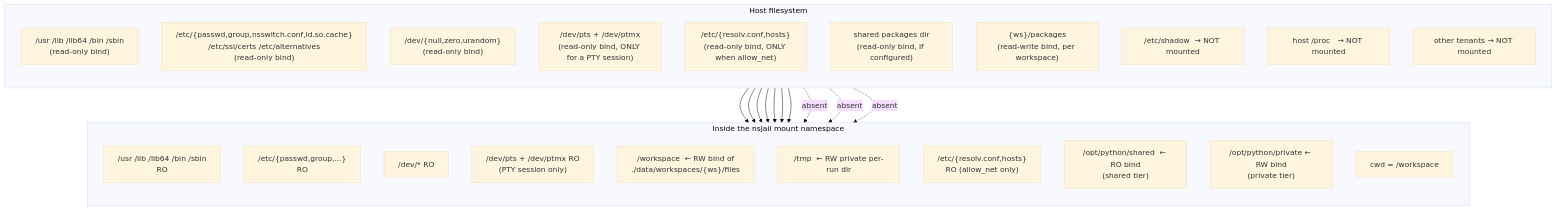
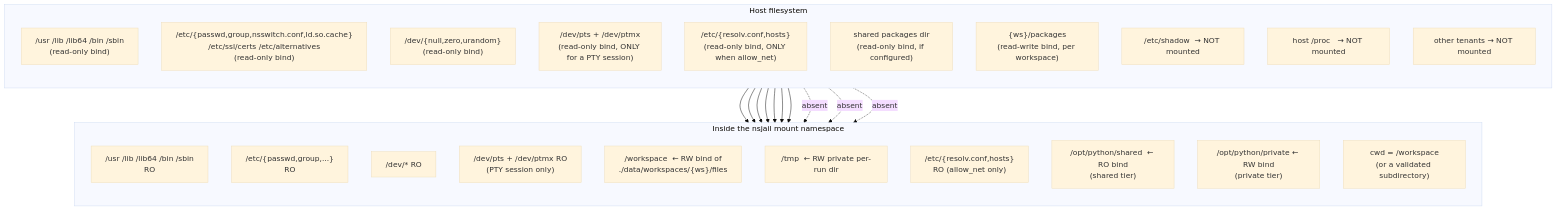
Before and after one commit to M3-mo2/cloud-service: the tenth of 17 diagrams in docs/ARCHITECTURE.md, drawn with Mermaid (base theme). The commit also changed other lines of this file and 24 other files, not shown here.

````diff
--- a/docs/ARCHITECTURE.md
+++ b/docs/ARCHITECTURE.md
@@ -485,41 +487,41 @@
 ```mermaid
 flowchart TB
     subgraph HOST["Host filesystem"]
         direction TB
         H1["/usr /lib /lib64 /bin /sbin\n(read-only bind)"]
         H2["/etc/{passwd,group,nsswitch.conf,ld.so.cache}\n/etc/ssl/certs /etc/alternatives\n(read-only bind)"]
         H3["/dev/{null,zero,urandom}\n(read-only bind)"]
         H10["/dev/pts + /dev/ptmx\n(read-only bind, ONLY for a PTY session)"]
         H7["/etc/{resolv.conf,hosts}\n(read-only bind, ONLY when allow_net)"]
         H8["shared packages dir\n(read-only bind, if configured)"]
         H9["{ws}/packages\n(read-write bind, per workspace)"]
         H4["/etc/shadow  → NOT mounted"]
         H5["host /proc   → NOT mounted"]
         H6["other tenants → NOT mounted"]
     end
 
     subgraph JAIL["Inside the nsjail mount namespace"]
         direction TB
         J1["/usr /lib /lib64 /bin /sbin\nRO"]
         J2["/etc/{passwd,group,...}\nRO"]
         J3["/dev/* RO"]
         J10["/dev/pts + /dev/ptmx RO\n(PTY session only)"]
         J4["/workspace  ← RW bind of\n./data/workspaces/{ws}/files"]
         J5["/tmp  ← RW private per-run dir"]
         J7["/etc/{resolv.conf,hosts}\nRO (allow_net only)"]
         J8["/opt/python/shared  ← RO bind\n(shared tier)"]
         J9["/opt/python/private ← RW bind\n(private tier)"]
-        J6["cwd = /workspace"]
+        J6["cwd = /workspace\n(or a validated subdirectory)"]
     end
 
     H1 --> J1
     H2 --> J2
     H3 --> J3
     H10 --> J10
     H7 --> J7
     H8 --> J8
     H9 --> J9
     H4 -.->|absent| JAIL
     H5 -.->|absent| JAIL
     H6 -.->|absent| JAIL
 ```
````
